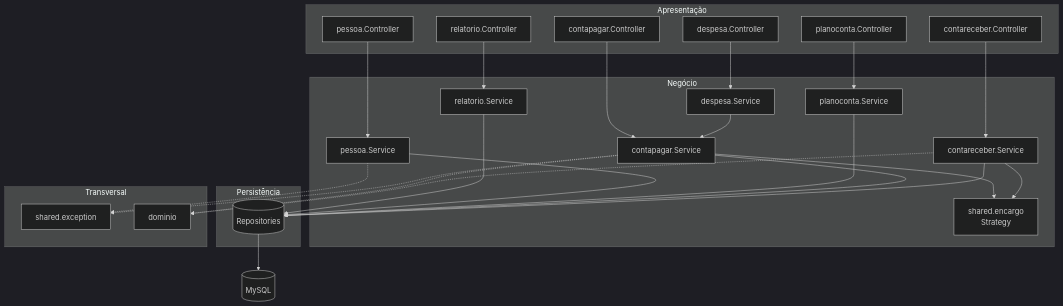
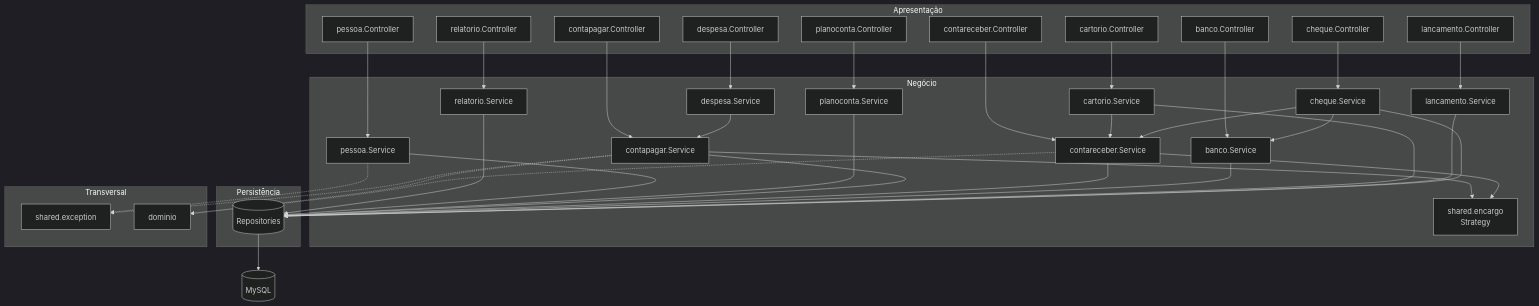
Before and after one commit to Felipemonrod/contas-a-pagar-receber: the third of 8 diagrams in backend/docs/DIAGRAMAS.md, drawn with Mermaid (dark theme). The commit also changed other lines of this file and 4 other files, not shown here.

First line of the commit message:
docs: atualiza diagramas, evidencias de teste e corrige o docker-compose

````diff
--- a/backend/docs/DIAGRAMAS.md
+++ b/backend/docs/DIAGRAMAS.md
@@ -137,55 +155,75 @@
 ```mermaid
 flowchart TD
     subgraph apresentacao["Apresentação"]
         C1[pessoa.Controller]
         C2[planoconta.Controller]
         C3[contapagar.Controller]
         C4[contareceber.Controller]
         C5[despesa.Controller]
         C6[relatorio.Controller]
+        C7[banco.Controller]
+        C8[cartorio.Controller]
+        C9[lancamento.Controller]
+        C10[cheque.Controller]
     end
 
     subgraph negocio["Negócio"]
         S1[pessoa.Service]
         S2[planoconta.Service]
         S3[contapagar.Service]
         S4[contareceber.Service]
         S5[despesa.Service]
         S6[relatorio.Service]
+        S7[banco.Service]
+        S8[cartorio.Service]
+        S9[lancamento.Service]
+        S10[cheque.Service]
         EN[shared.encargo<br/>Strategy]
     end
 
     subgraph persistencia["Persistência"]
         R1[(Repositories)]
     end
 
     subgraph transversal["Transversal"]
         EX[shared.exception]
         DO[dominio]
     end
 
     C1 --> S1
     C2 --> S2
     C3 --> S3
     C4 --> S4
     C5 --> S5
     C6 --> S6
+    C7 --> S7
+    C8 --> S8
+    C9 --> S9
+    C10 --> S10
+
+    S8 --> S4
+    S10 --> S7
+    S10 --> S4
 
     S3 --> EN
     S4 --> EN
     S5 --> S3
     S6 --> R1
 
     S1 --> R1
     S2 --> R1
     S3 --> R1
     S4 --> R1
+    S7 --> R1
+    S8 --> R1
+    S9 --> R1
+    S10 --> R1
 
     S1 -.-> EX
     S3 -.-> EX
     S3 -.-> DO
     S4 -.-> DO
 
     MYSQL[(MySQL)]
     R1 --> MYSQL
 ```
````
